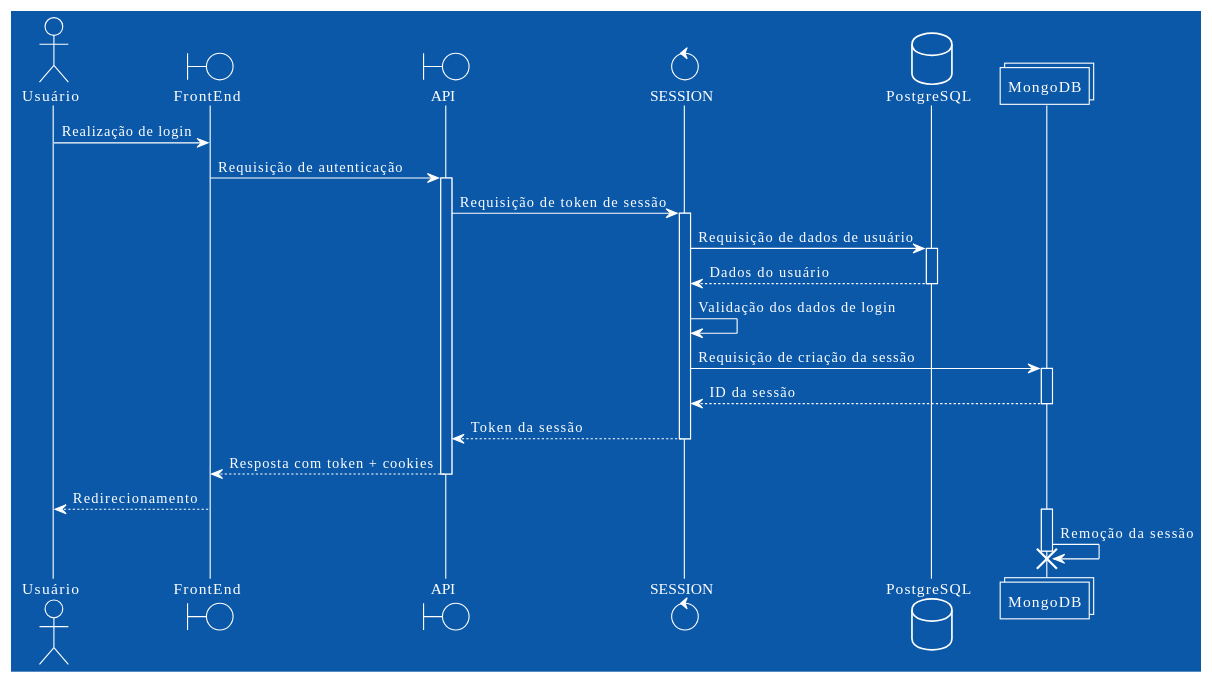
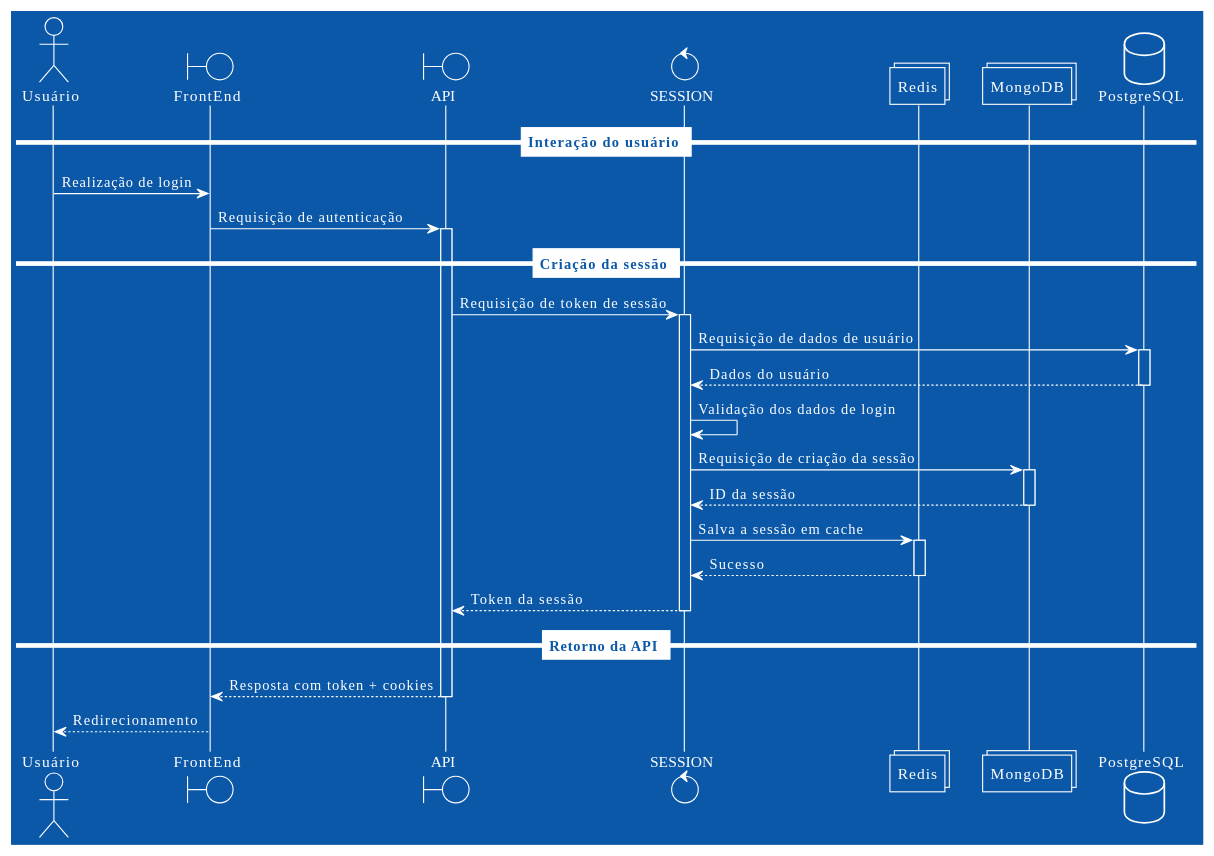
One commit to Minerva-System/minerva-system changed the diagram in docs/src/diagramas/login.md. Above: the diagram before and after it, drawn with PlantUML. The commit also changed other lines of this file and 4 other files, not shown here.

Commit message:
Modify all sequence diagrams to leverage Redis caching and better formatting

````diff
--- a/docs/src/diagramas/login.md
+++ b/docs/src/diagramas/login.md
@@ -5,37 +18,45 @@
 ```plantuml
 @startuml
 !theme amiga
-
 actor       Usuário    as ator
 boundary    FrontEnd   as frontend
 boundary    API        as api
 control     SESSION    as session
+collections Redis      as redis
+collections MongoDB    as mongo
 database    PostgreSQL as postgres
-collections MongoDB    as mongo
+
+== Interação do usuário ==
 
 ator     ->   frontend: Realização de login
 frontend ->   api:      Requisição de autenticação
 activate api
+
+== Criação da sessão ==
+
 api      ->   session:  Requisição de token de sessão
 activate session
 session  ->   postgres: Requisição de dados de usuário
 activate postgres
 session  <--  postgres: Dados do usuário
 deactivate postgres
 session  ->   session:  Validação dos dados de login
 session  ->   mongo:    Requisição de criação da sessão
 activate mongo
 session  <--  mongo:    ID da sessão
 deactivate mongo
+session  ->   redis:    Salva a sessão em cache
+activate redis
+session  <--  redis:    Sucesso
+deactivate redis
 api      <--  session:  Token da sessão
 deactivate session
+
+== Retorno da API ==
+
 frontend <--  api:      Resposta com token + cookies
 deactivate api
 ator     <--  frontend: Redirecionamento
 
-activate mongo
-mongo -> mongo: Remoção da sessão
-destroy mongo
-
 @enduml
 ```
````
